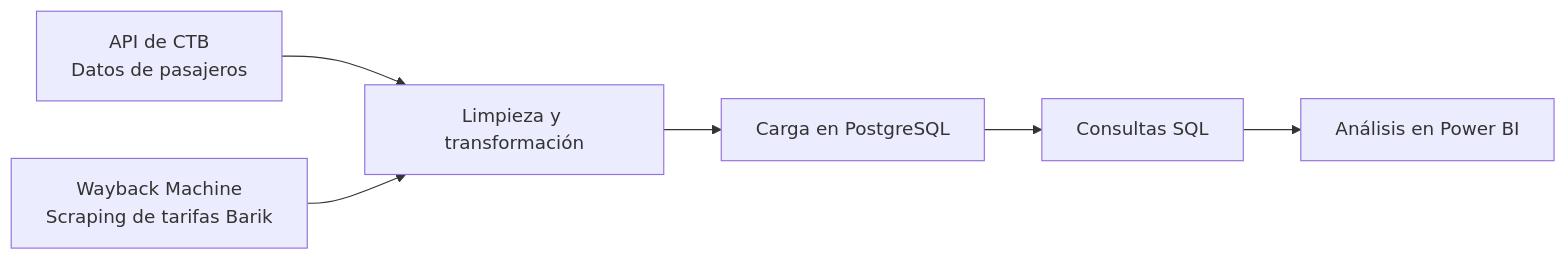
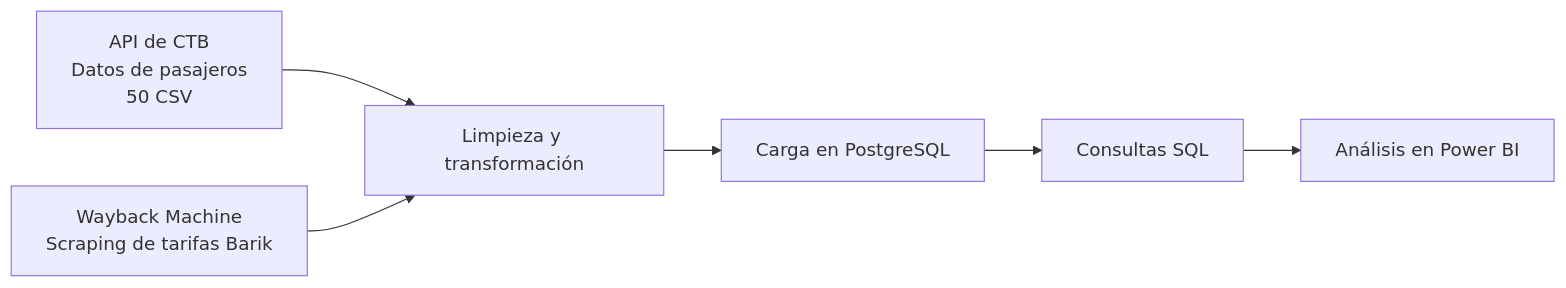
One commit to garciajon2302-cmd/End_to_End_project_transportes_bizkaia changed the diagram in README.md. Above: the diagram before and after it, drawn with Mermaid. The commit also changed other lines of this file, not shown here.

Commit message:
Corregir README

````diff
--- a/README.md
+++ b/README.md
@@ -19,8 +19,8 @@
 ```mermaid
 flowchart LR
-    A[API de CTB<br/>Datos de pasajeros] --> C[Limpieza y transformación]
+    A[API de CTB<br/>Datos de pasajeros<br/>50 CSV] --> C[Limpieza y transformación]
     B[Wayback Machine<br/>Scraping de tarifas Barik] --> C
     C --> D[Carga en PostgreSQL]
     D --> E[Consultas SQL]
     E --> F[Análisis en Power BI]
 ```
````
